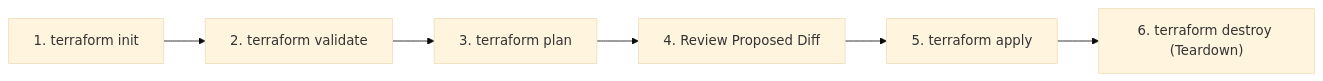
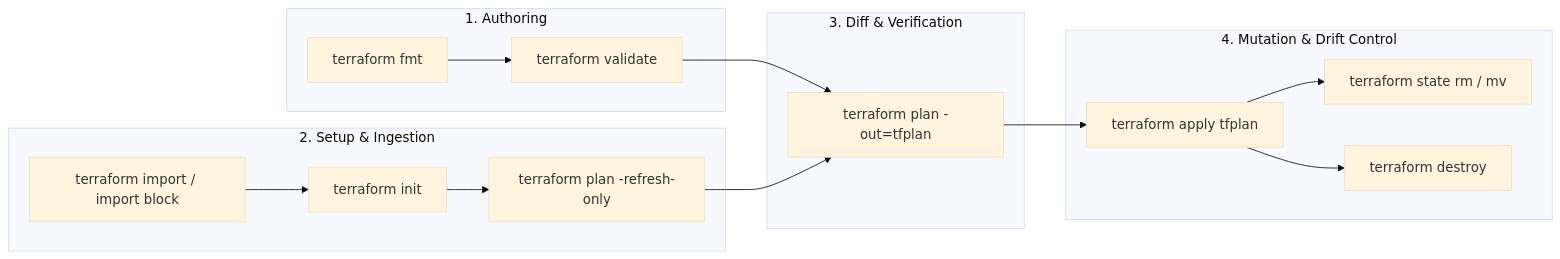
The second of 4 diagrams in docs/volume-10/05-terraform-for-infrastructure-as-code.md (jithinpnjm/nvidia-devops), drawn with Mermaid (base theme) before and after one commit. The commit also changed other lines of this file and 1 other file, not shown here.

Commit message:
docs(volume-10): expand Terraform and IaC guide to comprehensive beginner-to-advanced AI Factory masterclass

````diff
--- a/docs/volume-10/05-terraform-for-infrastructure-as-code.md
+++ b/docs/volume-10/05-terraform-for-infrastructure-as-code.md
@@ -91,8 +390,22 @@
 ```mermaid
 flowchart LR
-    A["1. terraform init"] --> B["2. terraform validate"]
-    B --> C["3. terraform plan"]
-    C --> D["4. Review Proposed Diff"]
-    D --> E["5. terraform apply"]
-    E --> F["6. terraform destroy (Teardown)"]
+    subgraph Authoring["1. Authoring"]
+        FMT["terraform fmt"] --> VAL["terraform validate"]
+    end
+
+    subgraph StatePrep["2. Setup & Ingestion"]
+        INIT["terraform init"] --> REFR["terraform plan -refresh-only"]
+        IMP["terraform import / import block"] --> INIT
+    end
+
+    subgraph Evaluation["3. Diff & Verification"]
+        VAL --> PLAN["terraform plan -out=tfplan"]
+        REFR --> PLAN
+    end
+
+    subgraph Execution["4. Mutation & Drift Control"]
+        PLAN --> APPLY["terraform apply tfplan"]
+        APPLY --> RM["terraform state rm / mv"]
+        APPLY --> DEST["terraform destroy"]
+    end
 ```
````
